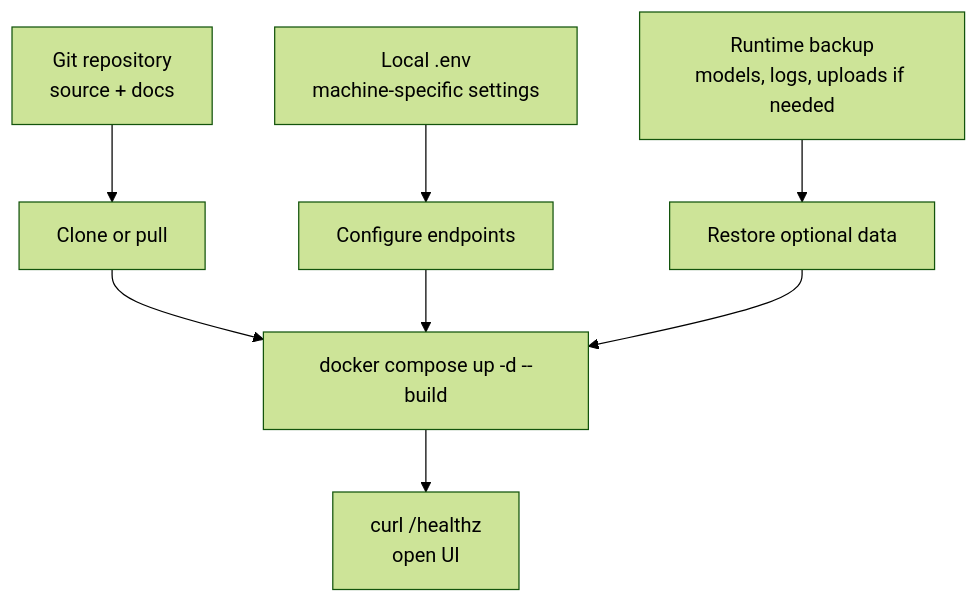
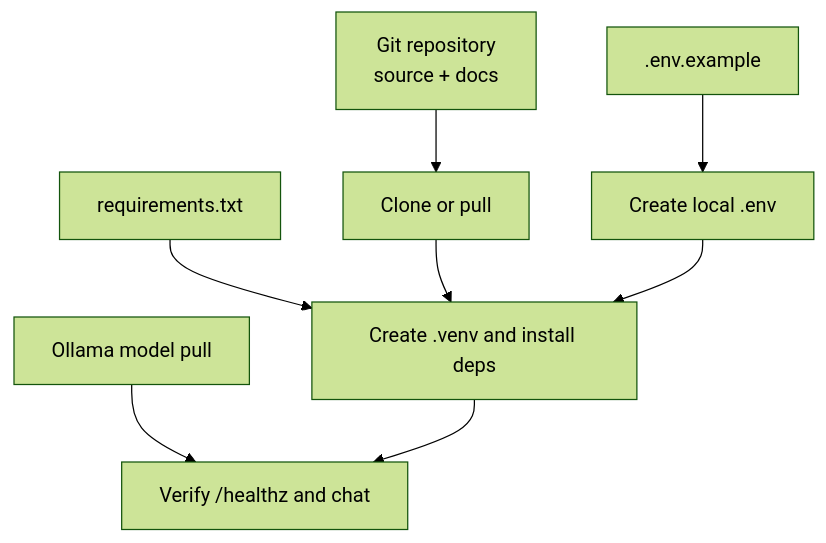
The second of 2 diagrams in README.md (gmode2020x-tim/local-llm-vm-console), drawn with Mermaid (forest theme) before and after one commit. The commit also changed other lines of this file and 19 other files, not shown here.

````diff
--- a/README.md
+++ b/README.md
@@ -184,10 +182,10 @@
 ```mermaid
 flowchart TD
   repo["Git repository\nsource + docs"] --> clone["Clone or pull"]
-  env["Local .env\nmachine-specific settings"] --> configure["Configure endpoints"]
-  runtime["Runtime backup\nmodels, logs, uploads if needed"] --> restore["Restore optional data"]
-  clone --> start["docker compose up -d --build"]
-  configure --> start
-  restore --> start
-  start --> verify["curl /healthz\nopen UI"]
+  env[".env.example"] --> configure["Create local .env"]
+  deps["requirements.txt"] --> install["Create .venv and install deps"]
+  model["Ollama model pull"] --> verify["Verify /healthz and chat"]
+  clone --> install
+  configure --> install
+  install --> verify
 ```
````
